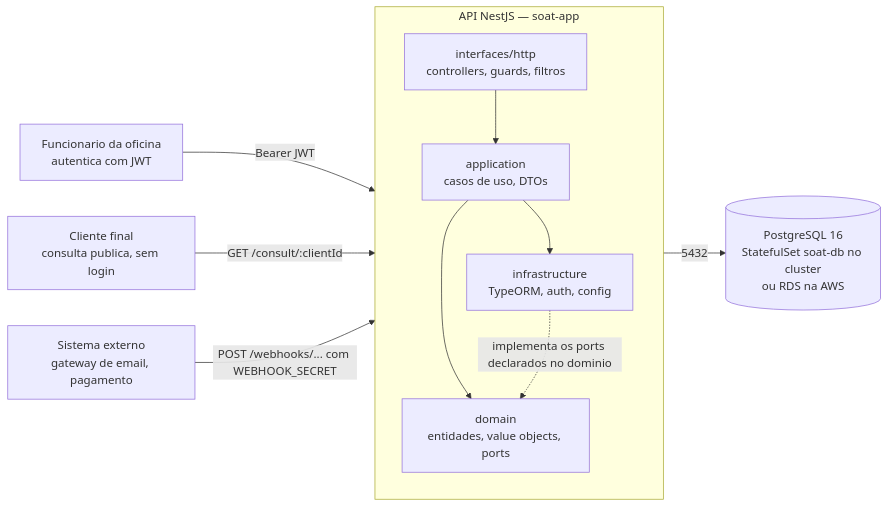
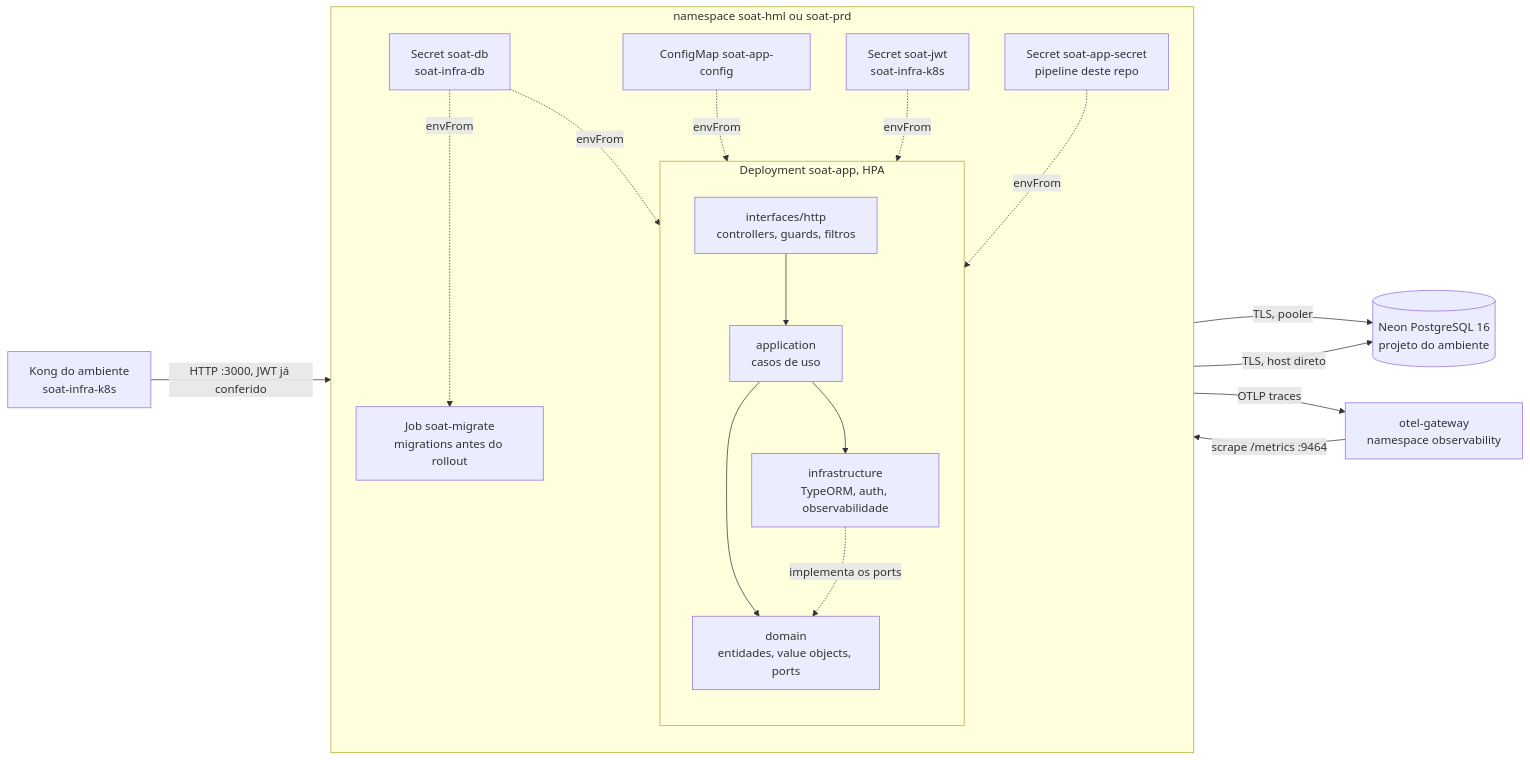
The diagram in README.md (gomes-leonardo/fiap-software-architecture), drawn with Mermaid before and after one commit. The commit also changed other lines of this file and 19 other files, not shown here.

````diff
--- a/README.md
+++ b/README.md
@@ -42,25 +45,38 @@
 ```mermaid
 flowchart LR
-    ADMIN["Funcionario da oficina<br/>autentica com JWT"]
-    CLIENTE["Cliente final<br/>consulta publica, sem login"]
-    EXTERNO["Sistema externo<br/>gateway de email, pagamento"]
+    KONG["Kong do ambiente<br/>soat-infra-k8s"]
 
-    subgraph APP["API NestJS — soat-app"]
+    subgraph NS["namespace soat-hml ou soat-prd"]
         direction TB
-        HTTP["interfaces/http<br/>controllers, guards, filtros"]
-        USECASE["application<br/>casos de uso, DTOs"]
-        DOMAIN["domain<br/>entidades, value objects, ports"]
-        INFRA["infrastructure<br/>TypeORM, auth, config"]
+        MIG["Job soat-migrate<br/>migrations antes do rollout"]
+        subgraph APP["Deployment soat-app, HPA"]
+            direction TB
+            HTTP["interfaces/http<br/>controllers, guards, filtros"]
+            USECASE["application<br/>casos de uso"]
+            DOMAIN["domain<br/>entidades, value objects, ports"]
+            INFRA["infrastructure<br/>TypeORM, auth, observabilidade"]
+        end
+        CFG["ConfigMap soat-app-config"]
+        SDB["Secret soat-db<br/>soat-infra-db"]
+        SJWT["Secret soat-jwt<br/>soat-infra-k8s"]
+        SAPP["Secret soat-app-secret<br/>pipeline deste repo"]
     end
 
-    DB[("PostgreSQL 16<br/>StatefulSet soat-db no cluster<br/>ou RDS na AWS")]
+    DB[("Neon PostgreSQL 16<br/>projeto do ambiente")]
+    OTEL["otel-gateway<br/>namespace observability"]
 
-    ADMIN -->|"Bearer JWT"| HTTP
-    CLIENTE -->|"GET /consult/:clientId"| HTTP
-    EXTERNO -->|"POST /webhooks/... com WEBHOOK_SECRET"| HTTP
+    KONG -->|"HTTP :3000, JWT já conferido"| HTTP
     HTTP --> USECASE
     USECASE --> DOMAIN
     USECASE --> INFRA
-    INFRA -.->|"implementa os ports declarados no dominio"| DOMAIN
-    INFRA -->|"5432"| DB
+    INFRA -.->|"implementa os ports"| DOMAIN
+    INFRA -->|"TLS, pooler"| DB
+    MIG -->|"TLS, host direto"| DB
+    INFRA -->|"OTLP traces"| OTEL
+    OTEL -->|"scrape /metrics :9464"| APP
+    CFG -.->|envFrom| APP
+    SDB -.->|envFrom| APP
+    SJWT -.->|envFrom| APP
+    SAPP -.->|envFrom| APP
+    SDB -.->|envFrom| MIG
 ```
````
